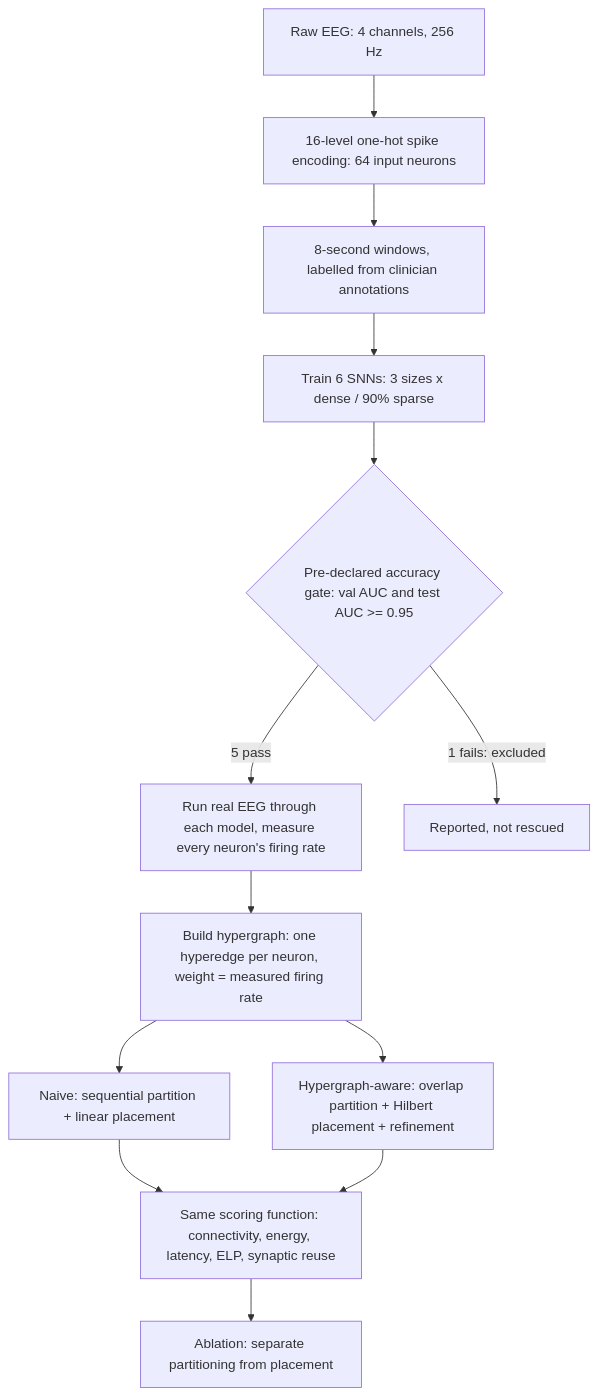
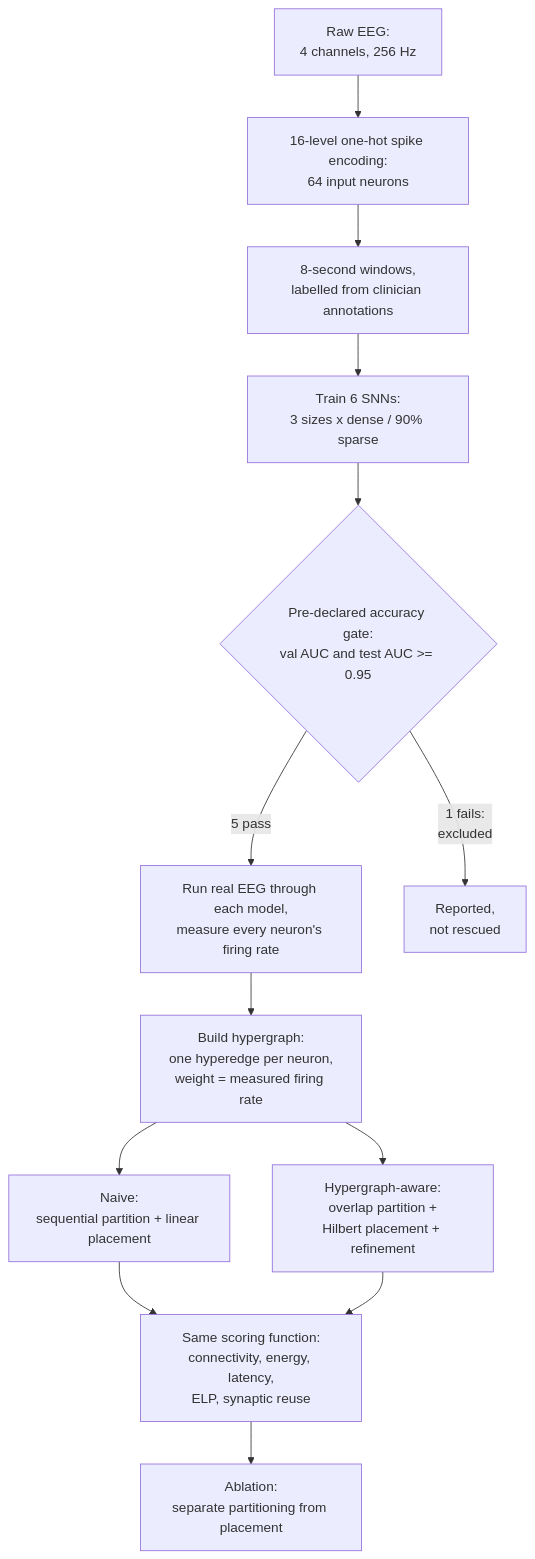
The diagram in README.md (rishav-singh15/SNN-Seizure-Detection), drawn with Mermaid before and after one commit.

Commit message:
new flowchart

````diff
--- a/README.md
+++ b/README.md
@@ -76,15 +76,15 @@
 ```mermaid
 flowchart TD
-    A[Raw EEG: 4 channels, 256 Hz] --> B[16-level one-hot spike encoding: 64 input neurons]
-    B --> C[8-second windows, labelled from clinician annotations]
-    C --> D[Train 6 SNNs: 3 sizes x dense / 90% sparse]
-    D --> E{Pre-declared accuracy gate: val AUC and test AUC >= 0.95}
-    E -- 5 pass --> F[Run real EEG through each model, measure every neuron's firing rate]
-    E -- 1 fails: excluded --> X[Reported, not rescued]
-    F --> G[Build hypergraph: one hyperedge per neuron, weight = measured firing rate]
-    G --> H1[Naive: sequential partition + linear placement]
-    G --> H2[Hypergraph-aware: overlap partition + Hilbert placement + refinement]
-    H1 --> I[Same scoring function: connectivity, energy, latency, ELP, synaptic reuse]
+    A["Raw EEG:<br>4 channels, 256 Hz"] --> B["16-level one-hot spike encoding:<br>64 input neurons"]
+    B --> C["8-second windows,<br>labelled from clinician annotations"]
+    C --> D["Train 6 SNNs:<br>3 sizes x dense / 90% sparse"]
+    D --> E{"Pre-declared accuracy gate:<br>val AUC and test AUC >= 0.95"}
+    E -- 5 pass --> F["Run real EEG through each model,<br>measure every neuron's firing rate"]
+    E -- "1 fails:<br>excluded" --> X["Reported,<br>not rescued"]
+    F --> G["Build hypergraph:<br>one hyperedge per neuron,<br>weight = measured firing rate"]
+    G --> H1["Naive:<br>sequential partition + linear placement"]
+    G --> H2["Hypergraph-aware:<br>overlap partition +<br>Hilbert placement + refinement"]
+    H1 --> I["Same scoring function:<br>connectivity, energy, latency,<br>ELP, synaptic reuse"]
     H2 --> I
-    I --> J[Ablation: separate partitioning from placement]
+    I --> J["Ablation:<br>separate partitioning from placement"]
 ```
````
